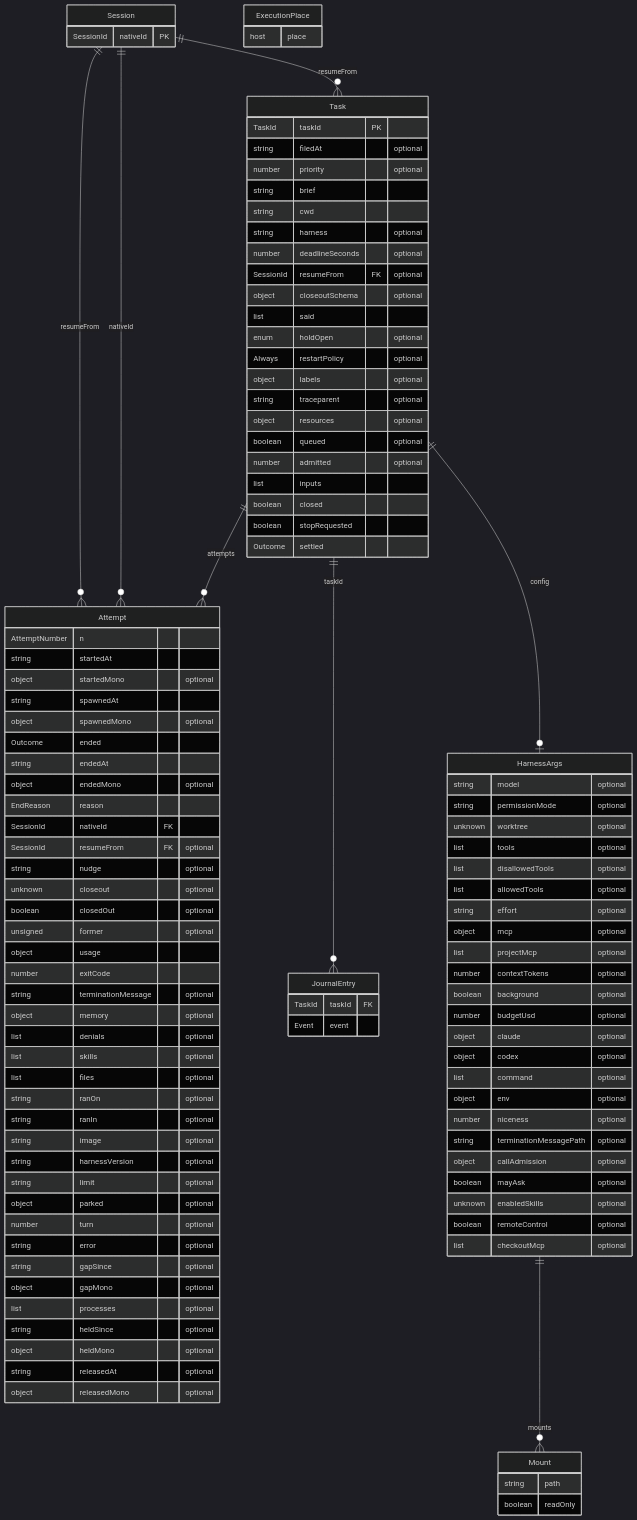
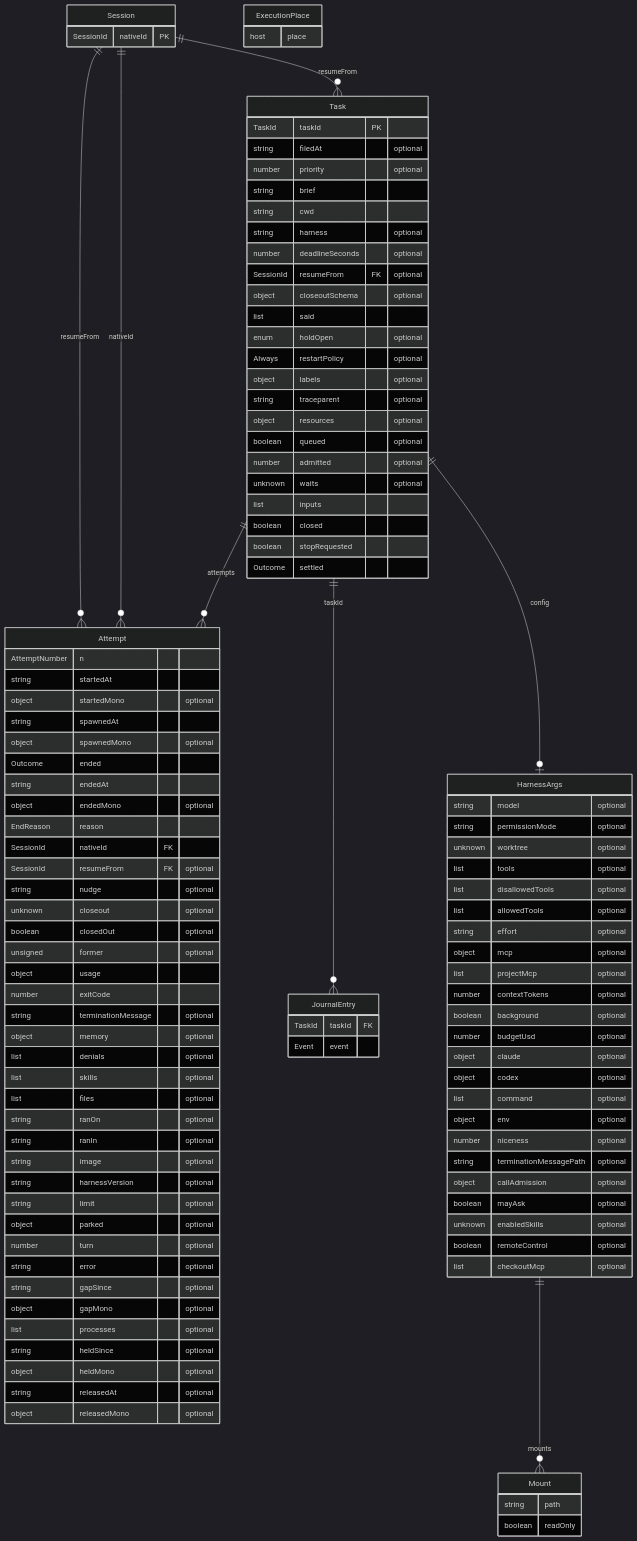
The diagram in packages/agent-runtime/docs/model.md (emyann/nemia), drawn with Mermaid (dark theme) before and after one commit. The commit also changed 3 other files, not shown here.

Commit message:
orchestrator: the daemon says its admission by memory at start, and the runtime's diagram is redrawn

```diff
--- a/packages/agent-runtime/docs/model.md
+++ b/packages/agent-runtime/docs/model.md
@@ -39,6 +39,7 @@
     object resources "optional"
     boolean queued "optional"
     number admitted "optional"
+    unknown waits "optional"
     list inputs
     boolean closed
     boolean stopRequested
```
